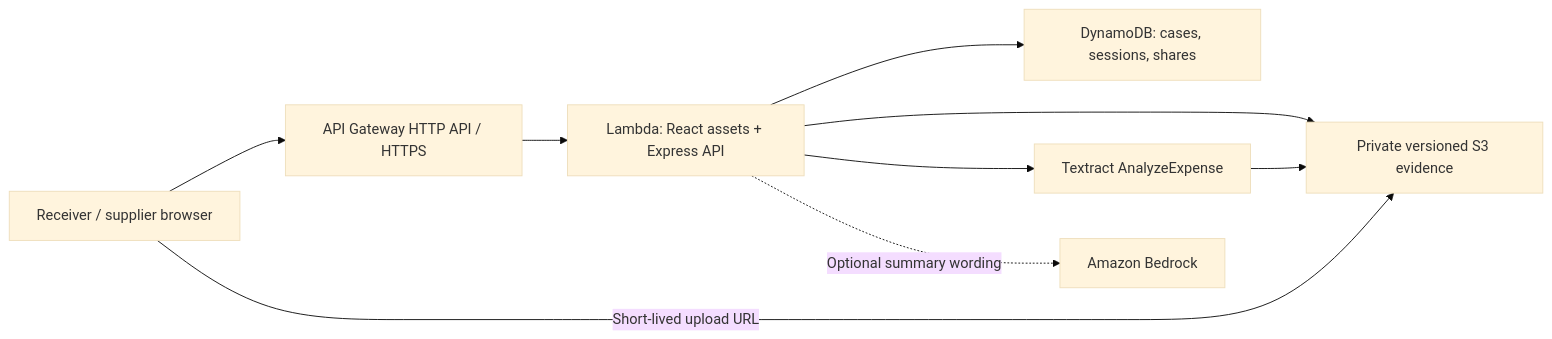
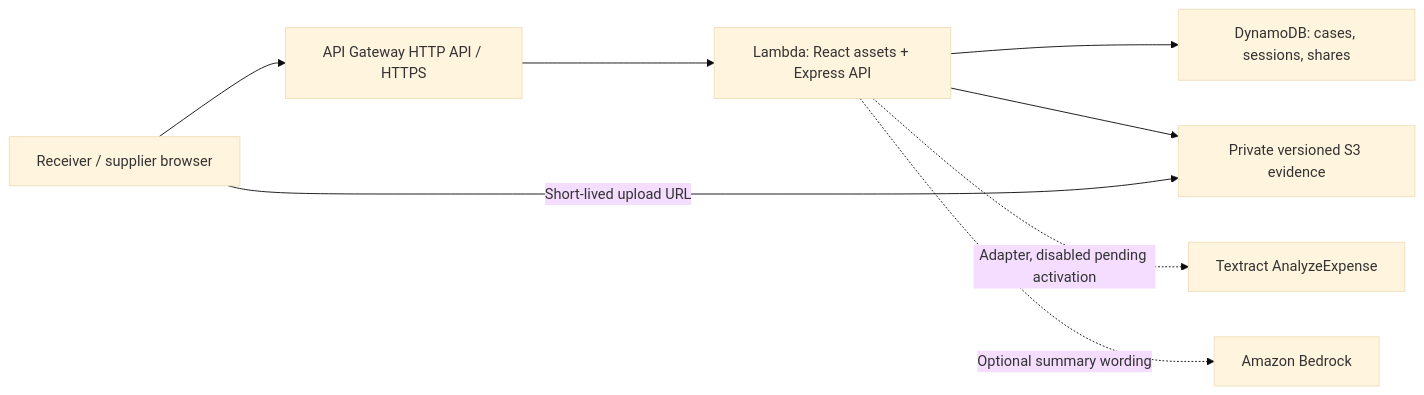
Before and after one commit to Induj1/receiverright: the diagram in README.md, drawn with Mermaid (base theme). The commit also changed other lines of this file and 5 other files, not shown here.

````diff
--- a/README.md
+++ b/README.md
@@ -83,11 +85,10 @@
 ```mermaid
 flowchart LR
   B[Receiver / supplier browser] --> API[API Gateway HTTP API / HTTPS]
   API --> L[Lambda: React assets + Express API]
   L --> DB[DynamoDB: cases, sessions, shares]
   L --> S3[Private versioned S3 evidence]
   B -->|Short-lived upload URL| S3
-  L --> TX[Textract AnalyzeExpense]
-  TX --> S3
+  L -. Adapter, disabled pending activation .-> TX[Textract AnalyzeExpense]
   L -. Optional summary wording .-> BR[Amazon Bedrock]
 ```
````
